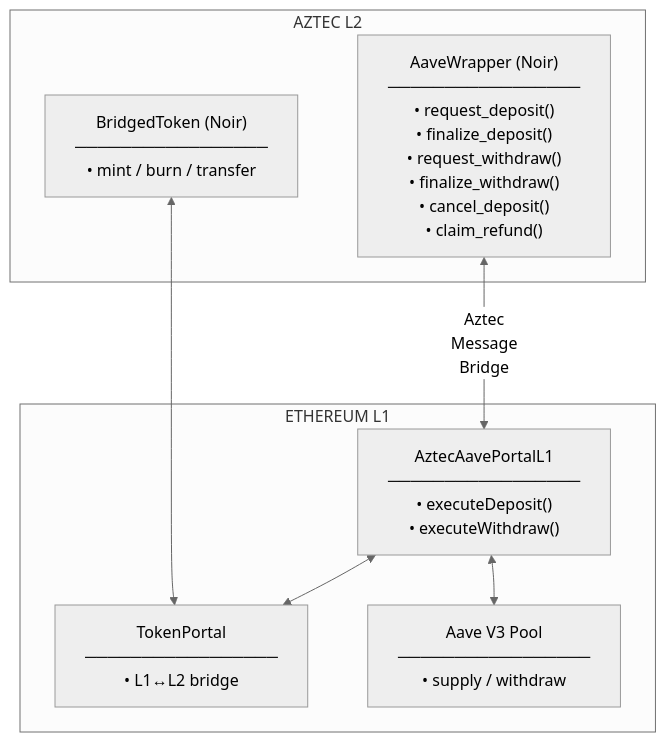
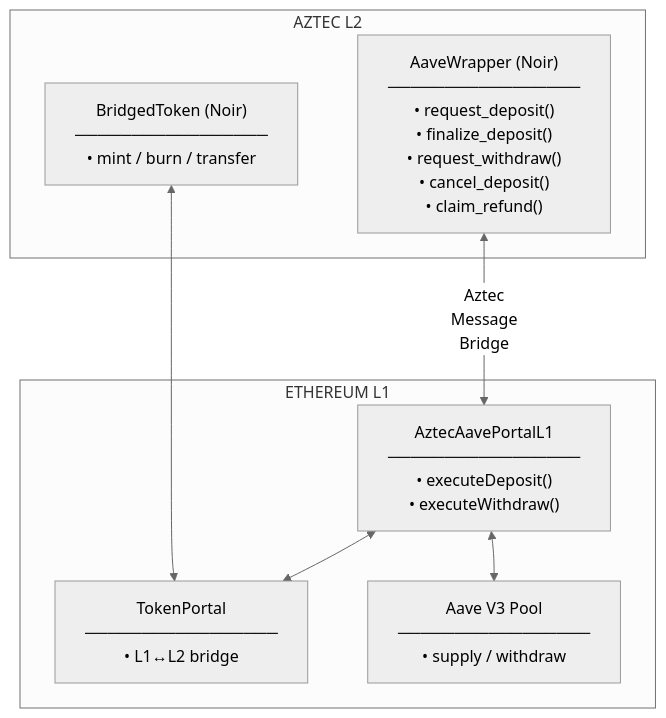
The second of 8 diagrams in PROTOCOL.md (NethermindEth/aztec-aave-wrapper), drawn with Mermaid (neutral theme) before and after one commit. The commit also changed other lines of this file and 2 other files, not shown here.

````diff
--- a/PROTOCOL.md
+++ b/PROTOCOL.md
@@ -65,18 +65,18 @@
 ```mermaid
 flowchart TB
     subgraph L2["AZTEC L2"]
-        AW["AaveWrapper (Noir)<br/>─────────────────<br/>• request_deposit()<br/>• finalize_deposit()<br/>• request_withdraw()<br/>• finalize_withdraw()<br/>• cancel_deposit()<br/>• claim_refund()"]
+        AW["AaveWrapper (Noir)<br/>─────────────────<br/>• request_deposit()<br/>• finalize_deposit()<br/>• request_withdraw()<br/>• cancel_deposit()<br/>• claim_refund()"]
         BT["BridgedToken (Noir)<br/>─────────────────<br/>• mint / burn / transfer"]
     end
 
     subgraph L1["ETHEREUM L1"]
         AP["AztecAavePortalL1<br/>─────────────────<br/>• executeDeposit()<br/>• executeWithdraw()"]
         TP["TokenPortal<br/>─────────────────<br/>• L1↔L2 bridge"]
         AAVE["Aave V3 Pool<br/>─────────────────<br/>• supply / withdraw"]
     end
 
     AW <--> |"Aztec<br/>Message<br/>Bridge"| AP
     BT <--> TP
     AP <--> TP
     AP <--> AAVE
 ```
````
